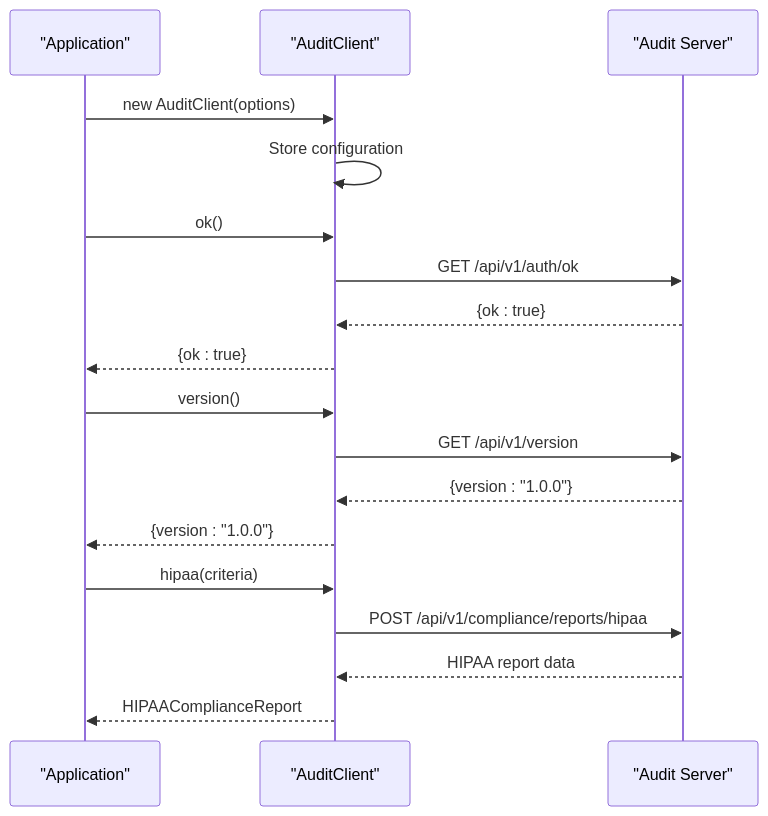
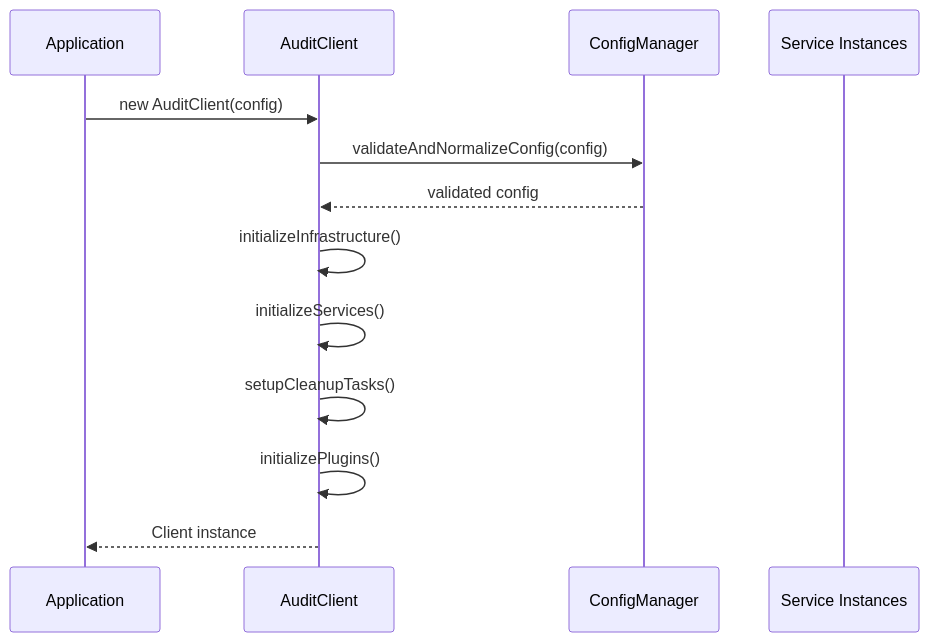
The ninth of 11 diagrams in .qoder/repowiki/en/content/Audit Client.md (smedrec/smart-logs), drawn with Mermaid before and after one commit. The commit also changed other lines of this file and 10 other files, not shown here.

First line of the commit message:
docs(audit-client): update documentation to reflect new modular architecture and features

````diff
--- a/.qoder/repowiki/en/content/Audit Client.md
+++ b/.qoder/repowiki/en/content/Audit Client.md
@@ -158,20 +382,15 @@
 ```mermaid
 sequenceDiagram
-participant App as "Application"
-participant Client as "AuditClient"
-participant Server as "Audit Server"
-App->>Client : new AuditClient(options)
-Client->>Client : Store configuration
-App->>Client : ok()
-Client->>Server : GET /api/v1/auth/ok
-Server-->>Client : {ok : true}
-Client-->>App : {ok : true}
-App->>Client : version()
-Client->>Server : GET /api/v1/version
-Server-->>Client : {version : "1.0.0"}
-Client-->>App : {version : "1.0.0"}
-App->>Client : hipaa(criteria)
-Client->>Server : POST /api/v1/compliance/reports/hipaa
-Server-->>Client : HIPAA report data
-Client-->>App : HIPAAComplianceReport
+participant App as Application
+participant Client as AuditClient
+participant Config as ConfigManager
+participant Services as Service Instances
+App->>Client : new AuditClient(config)
+Client->>Config : validateAndNormalizeConfig(config)
+Config-->>Client : validated config
+Client->>Client : initializeInfrastructure()
+Client->>Client : initializeServices()
+Client->>Client : setupCleanupTasks()
+Client->>Client : initializePlugins()
+Client-->>App : Client instance
 ```
````
